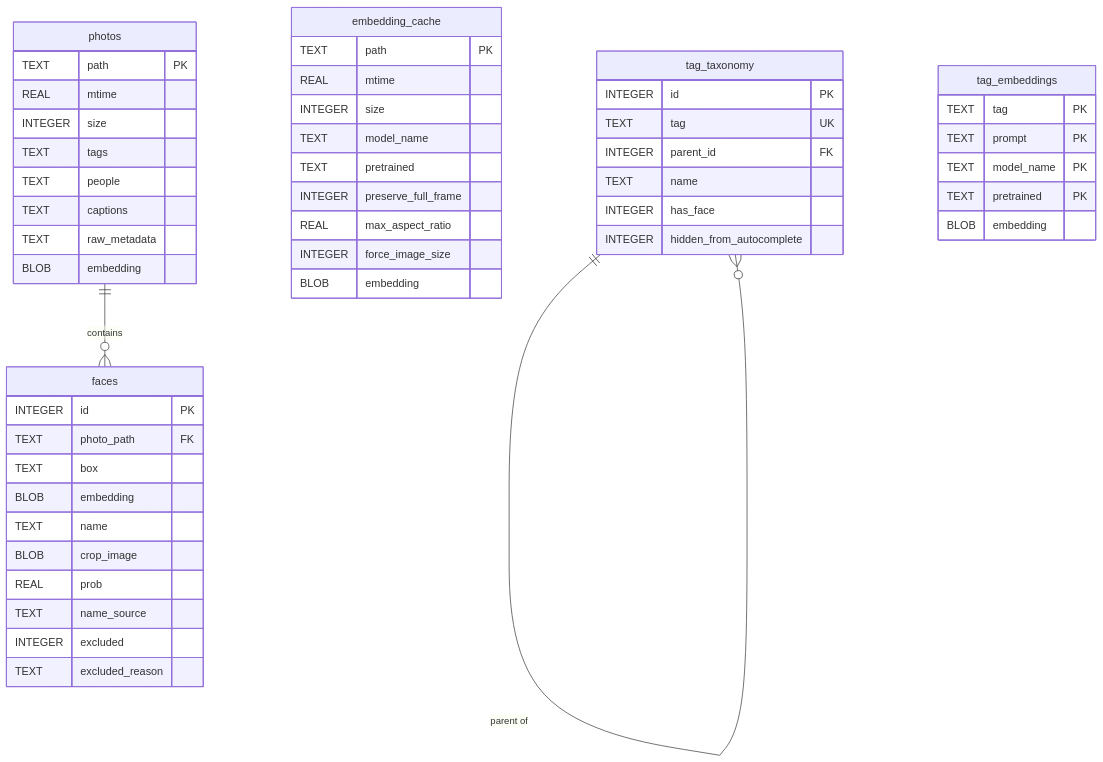
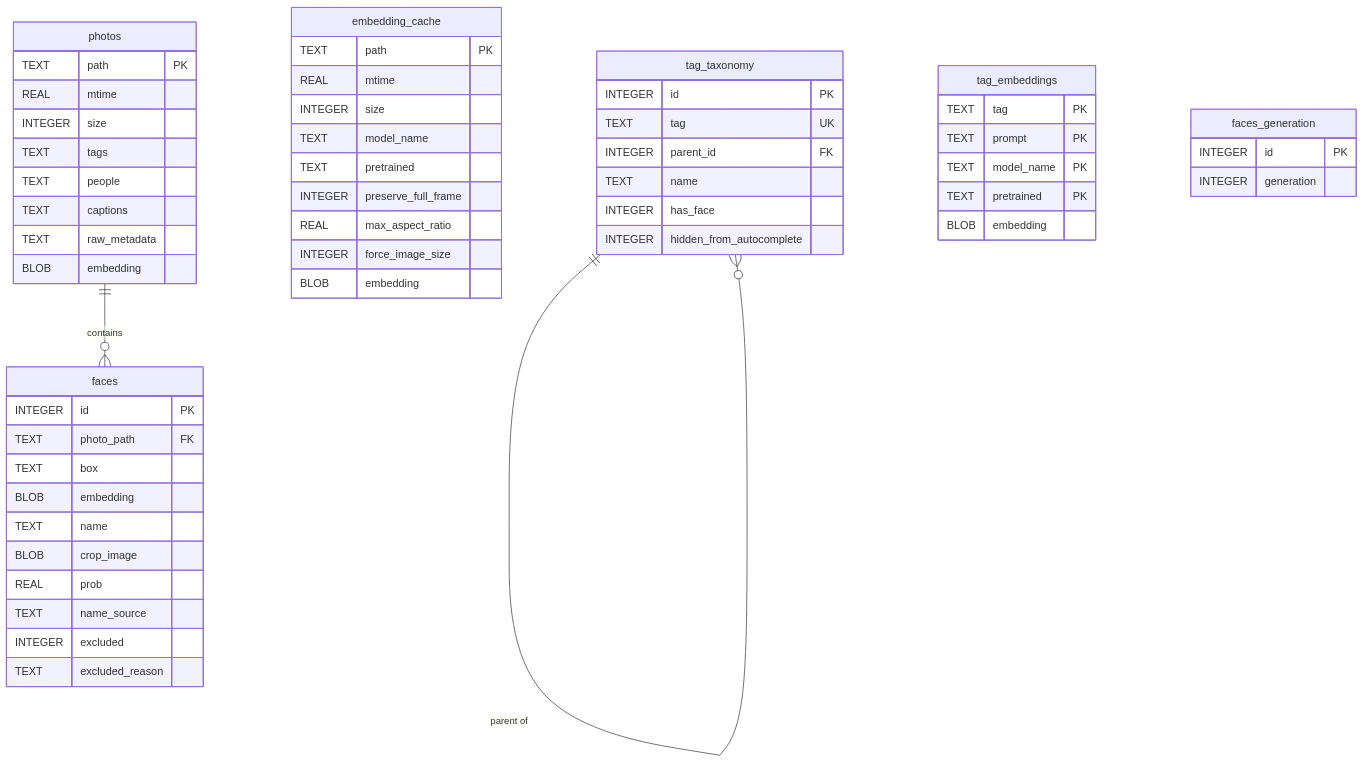
Before and after one commit to Wizoi/TagPup: the first of 2 diagrams in DATABASE.md, drawn with Mermaid. The commit also changed other lines of this file and 3 other files, not shown here.

````diff
--- a/DATABASE.md
+++ b/DATABASE.md
@@ -131,58 +139,63 @@
 ```mermaid
 erDiagram
     photos {
         TEXT path PK
         REAL mtime
         INTEGER size
         TEXT tags
         TEXT people
         TEXT captions
         TEXT raw_metadata
         BLOB embedding
     }
     
     faces {
         INTEGER id PK
         TEXT photo_path FK
         TEXT box
         BLOB embedding
         TEXT name
         BLOB crop_image
         REAL prob
         TEXT name_source
         INTEGER excluded
         TEXT excluded_reason
     }
     
     embedding_cache {
         TEXT path PK
         REAL mtime
         INTEGER size
         TEXT model_name
         TEXT pretrained
         INTEGER preserve_full_frame
         REAL max_aspect_ratio
         INTEGER force_image_size
         BLOB embedding
     }
 
     tag_taxonomy {
         INTEGER id PK
         TEXT tag UK
         INTEGER parent_id FK
         TEXT name
         INTEGER has_face
         INTEGER hidden_from_autocomplete
     }
 
     tag_embeddings {
         TEXT tag PK
         TEXT prompt PK
         TEXT model_name PK
         TEXT pretrained PK
         BLOB embedding
     }
 
+    faces_generation {
+        INTEGER id PK
+        INTEGER generation
+    }
+
     photos ||--o{ faces : "contains"
     tag_taxonomy ||--o{ tag_taxonomy : "parent of"
 ```
````
